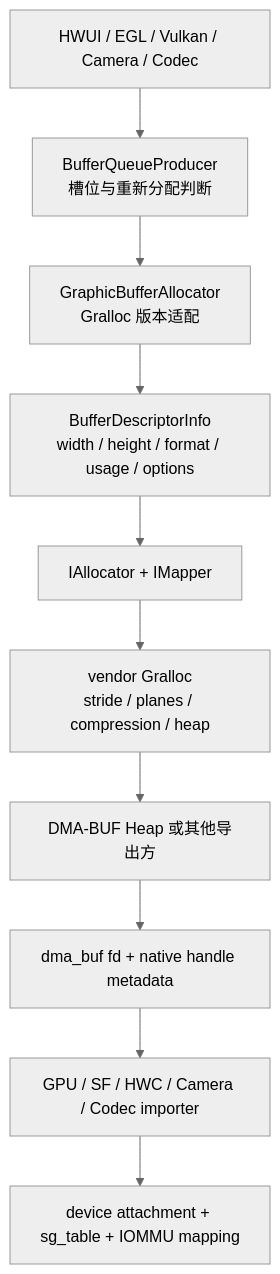
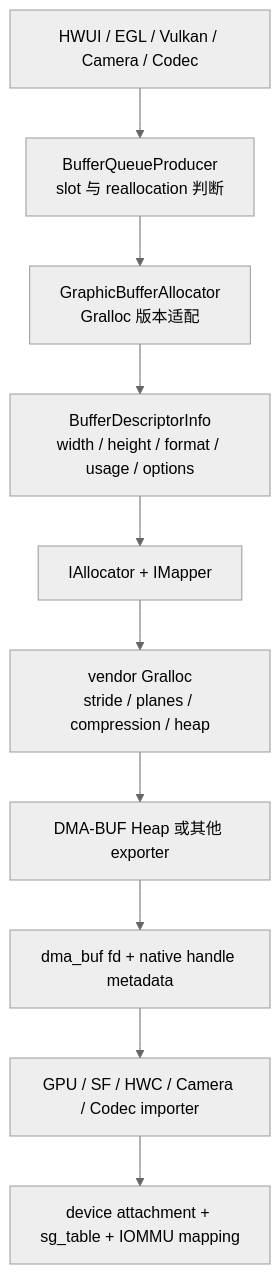
One commit to Gracker/android-internals-wiki changed the diagram in src/part1-fundamentals/ch02-rendering/24-graphic-memory-dmabuf-gralloc-16kb-boundary.md. Above: the diagram before and after it, drawn with Mermaid (neutral theme). The commit also changed other lines of this file and 4 other files, not shown here.

````diff
--- a/src/part1-fundamentals/ch02-rendering/24-graphic-memory-dmabuf-gralloc-16kb-boundary.md
+++ b/src/part1-fundamentals/ch02-rendering/24-graphic-memory-dmabuf-gralloc-16kb-boundary.md
@@ -80,16 +80,16 @@
 ```mermaid
 flowchart TD
     Producer["HWUI / EGL / Vulkan / Camera / Codec"]
-    BQ["BufferQueueProducer<br/>槽位与重新分配判断"]
+    BQ["BufferQueueProducer<br/>slot 与 reallocation 判断"]
     GBA["GraphicBufferAllocator<br/>Gralloc 版本适配"]
     Desc["BufferDescriptorInfo<br/>width / height / format / usage / options"]
     HAL["IAllocator + IMapper"]
     Vendor["vendor Gralloc<br/>stride / planes / compression / heap"]
-    Exporter["DMA-BUF Heap 或其他导出方"]
+    Exporter["DMA-BUF Heap 或其他 exporter"]
     DmaBuf["dma_buf fd + native handle metadata"]
     Importer["GPU / SF / HWC / Camera / Codec importer"]
     Iommu["device attachment + sg_table + IOMMU mapping"]
 
     Producer --> BQ --> GBA --> Desc --> HAL --> Vendor
     Vendor --> Exporter --> DmaBuf --> Importer --> Iommu
 ```
````
